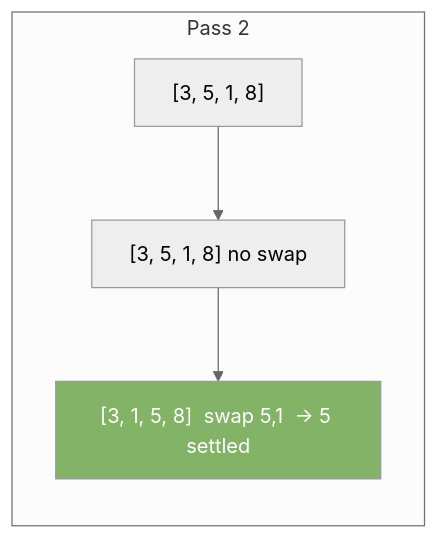
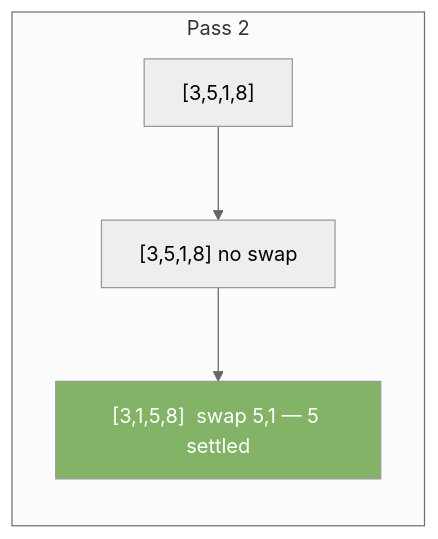
Before and after one commit to valarpirai/software-enginneering: the second of 3 diagrams in docs/20-bubble-sort.md, drawn with Mermaid (neutral theme). The commit also changed other lines of this file and 3 other files, not shown here.

````diff
--- a/docs/20-bubble-sort.md
+++ b/docs/20-bubble-sort.md
@@ -27,8 +43,8 @@
 ```mermaid
 graph LR
     subgraph "Pass 2"
-    A["[3, 5, 1, 8]"] --> B["[3, 5, 1, 8]  no swap"]
-    B --> C["[3, 1, 5, 8]  swap 5,1  → 5 settled"]
+    E["[3,5,1,8]"] --> F["[3,5,1,8]  no swap"]
+    F --> G["[3,1,5,8]  swap 5,1 — 5 settled"]
     end
-    style C fill:#82b366,color:#fff
+    style G fill:#82b366,color:#fff
 ```
````
